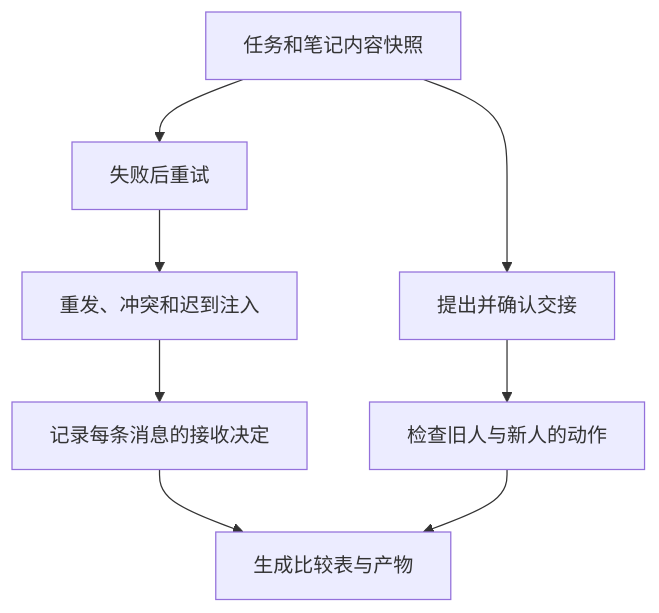
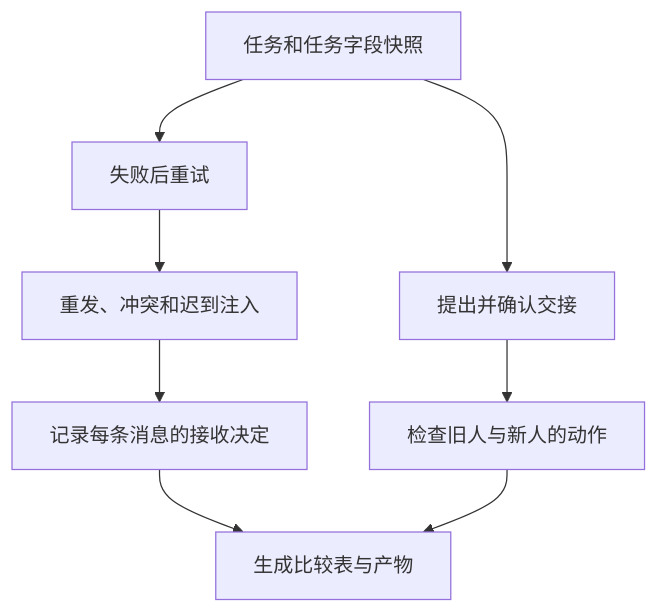
Before and after one commit to HarryYangthu/TheBestAIGuide: the diagram in 10-Knowledge/02 Agent Harness/05-communication-and-handoff/04-experiments-and-source.md, drawn with Mermaid. The commit also changed other lines of this file and 341 other files, not shown here.

````diff
--- a/10-Knowledge/02 Agent Harness/05-communication-and-handoff/04-experiments-and-source.md
+++ b/10-Knowledge/02 Agent Harness/05-communication-and-handoff/04-experiments-and-source.md
@@ -7,10 +7,10 @@
 ```mermaid
 flowchart TD
-    I["任务和笔记内容快照"] --> M["失败后重试"]
+    I["任务和任务字段快照"] --> M["失败后重试"]
     M --> R["重发、冲突和迟到注入"]
     R --> C["记录每条消息的接收决定"]
     I --> H["提出并确认交接"]
     H --> A["检查旧人与新人的动作"]
     C --> T["生成比较表与产物"]
     A --> T
 ```
````
